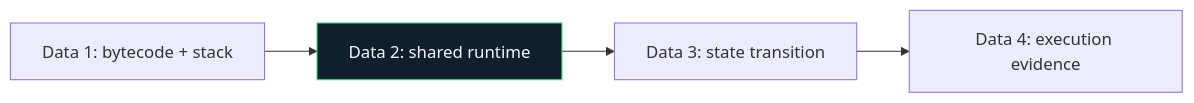
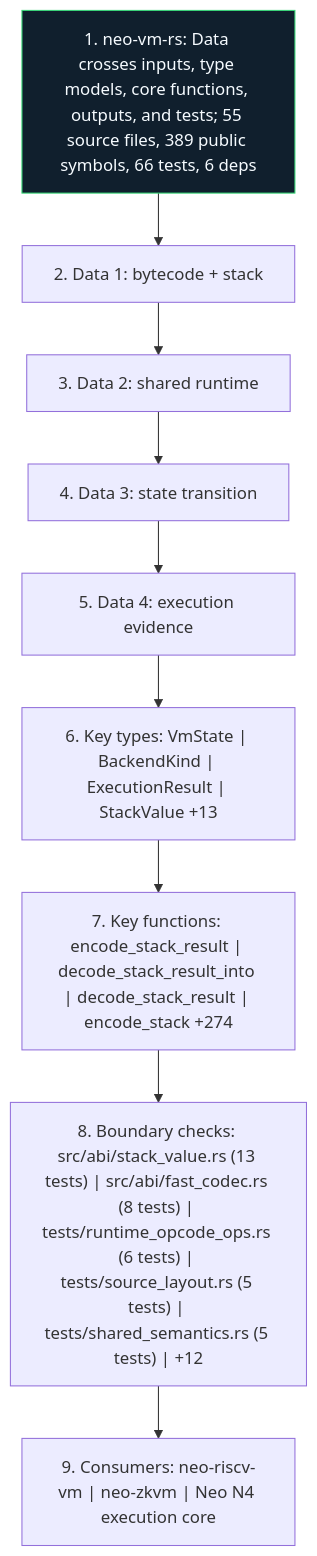
One commit to r3e-network/neo-vm-rs changed the diagram in docs/figures/dataflow.mmd. Above: the diagram before and after it, drawn with Mermaid. The commit also changed 43 other files, not shown here.

Commit message:
Deepen crate diagrams with source-aware atlas

```diff
--- a/docs/figures/dataflow.mmd
+++ b/docs/figures/dataflow.mmd
@@ -1,10 +1,20 @@
-flowchart LR
-    N1["Data 1: bytecode + stack"]
-    N2["Data 2: shared runtime"]
-    N3["Data 3: state transition"]
-    N4["Data 4: execution evidence"]
+flowchart TB
+    N1["1. neo-vm-rs: Data crosses inputs, type models, core functions, outputs, and tests; 55 source files, 389 public symbols, 66 tests, 6 deps"]
+    N2["2. Data 1: bytecode + stack"]
+    N3["3. Data 2: shared runtime"]
+    N4["4. Data 3: state transition"]
+    N5["5. Data 4: execution evidence"]
+    N6["6. Key types: VmState | BackendKind | ExecutionResult | StackValue +13"]
+    N7["7. Key functions: encode_stack_result | decode_stack_result_into | decode_stack_result | encode_stack +274"]
+    N8["8. Boundary checks: src/abi/stack_value.rs (13 tests) | src/abi/fast_codec.rs (8 tests) | tests/runtime_opcode_ops.rs (6 tests) | tests/source_layout.rs (5 tests) | tests/shared_semantics.rs (5 tests) | +12"]
+    N9["9. Consumers: neo-riscv-vm | neo-zkvm | Neo N4 execution core"]
     N1 --> N2
     N2 --> N3
     N3 --> N4
+    N4 --> N5
+    N5 --> N6
+    N6 --> N7
+    N7 --> N8
+    N8 --> N9
     classDef crate fill:#101f2d,stroke:#38d978,color:#f6fbff
-    class N2 crate
+    class N1 crate
```
